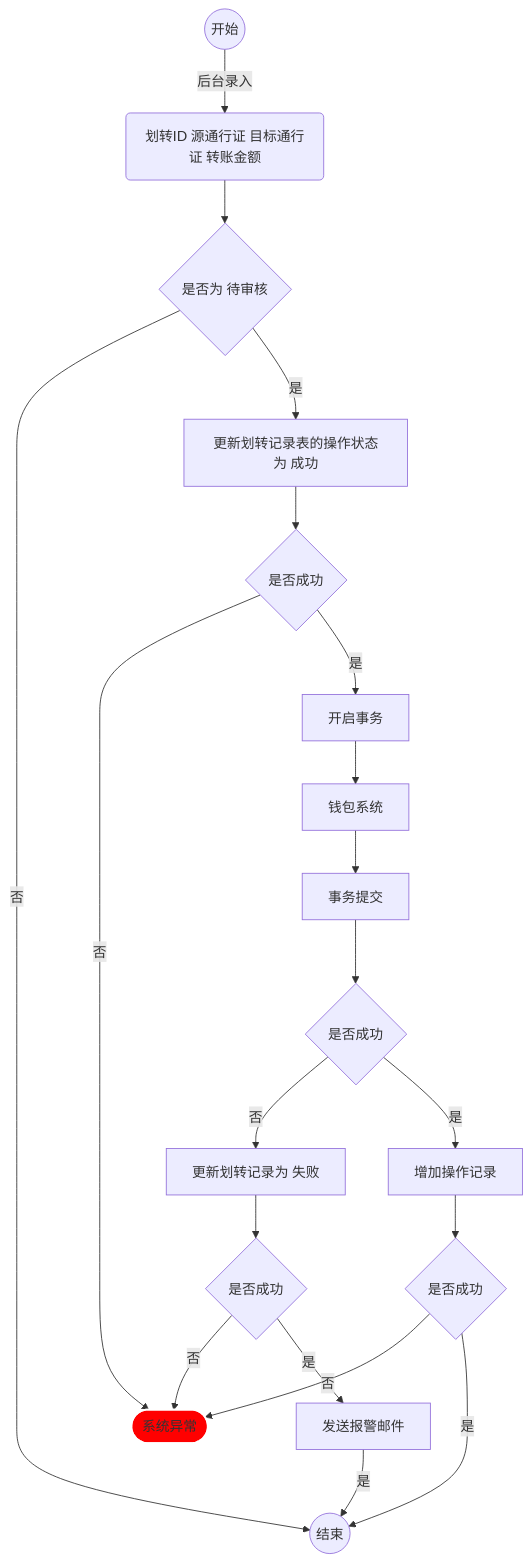
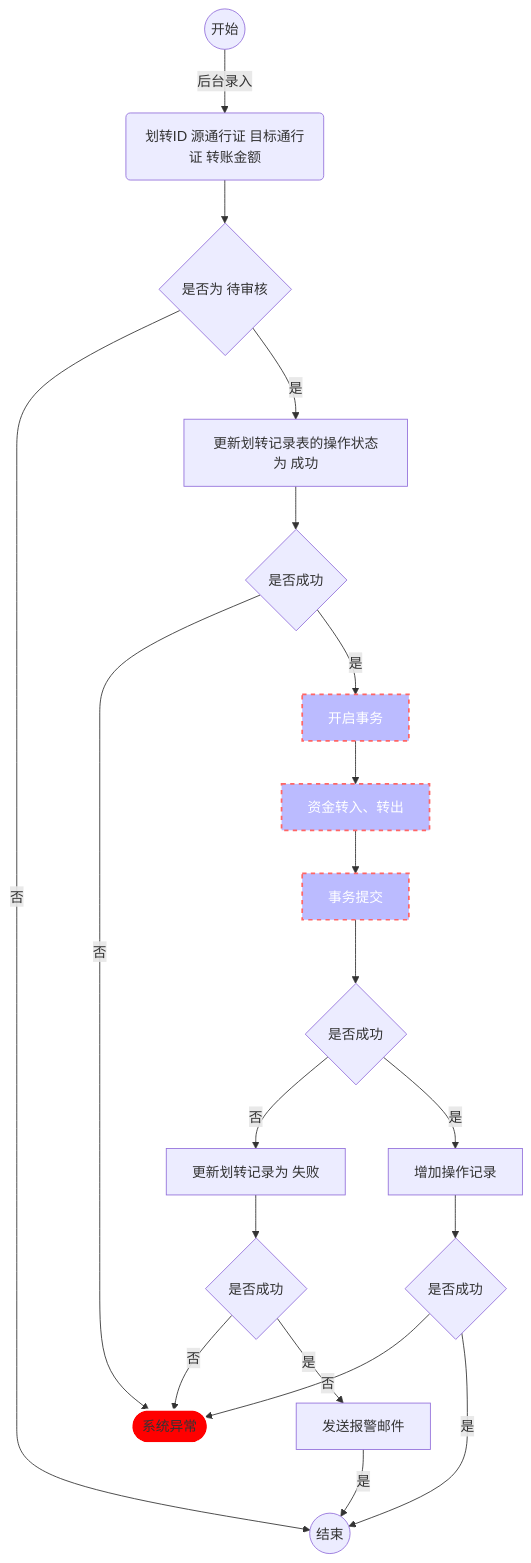
One commit to ma-luyang/shimobang changed the diagram in README.md. Above: the diagram before and after it, drawn with Mermaid.

````diff
--- a/README.md
+++ b/README.md
@@ -3,29 +3,32 @@
 ```mermaid
 flowchart TB
     A((开始)) -->|后台录入| B(划转ID 源通行证 目标通行证 转账金额)
     
     B --> C{是否为 待审核};
     C -->|否|Z((结束));
     C -->|是|D[更新划转记录表的操作状态为 成功];
     
     D --> E{是否成功};
     E -->|否|X([系统异常]);
     E -->|是|F[开启事务];
-    F --> G[钱包系统];
+    F --> G[资金转入、转出];
     G --> H[事务提交];
     
     H --> I{是否成功};
     I -->|否|J[更新划转记录为 失败];
     I -->|是|K[增加操作记录];
     
     K --> L{是否成功};
     L -->|否|X([系统异常]);
     L -->|是|Z((结束));
     
     J --> M{是否成功};
     M -->|否|X([系统异常]);
     M -->|是|N[发送报警邮件];
     N -->|是|Z((结束));
     
-    style X fill:#FF0000,stroke:#FFFFFF,stroke-width:2px
+    style X fill:#FF0000,stroke:#FFFFFF,stroke-width:2px;
+    style F fill:#bbf,stroke:#f66,stroke-width:2px,color:#fff,stroke-dasharray: 5 5
+    style G fill:#bbf,stroke:#f66,stroke-width:2px,color:#fff,stroke-dasharray: 5 5
+    style H fill:#bbf,stroke:#f66,stroke-width:2px,color:#fff,stroke-dasharray: 5 5
 ```
````
